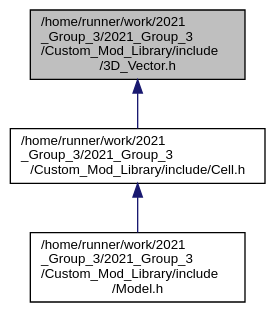
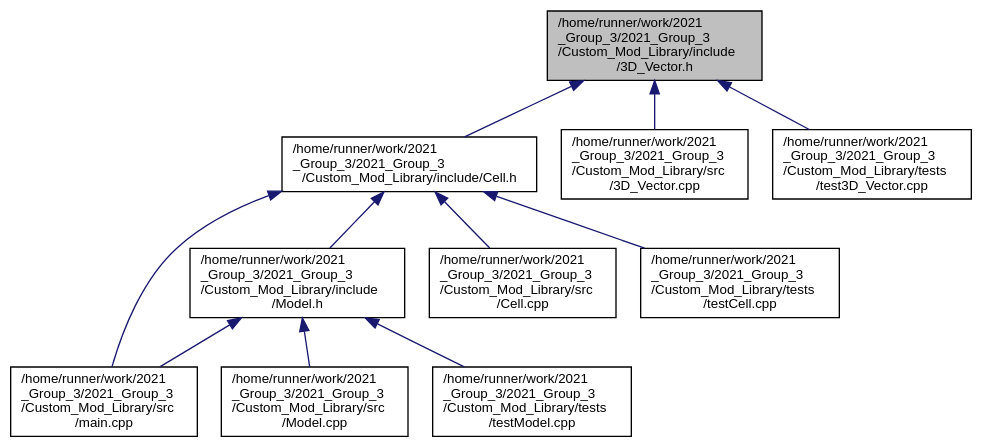
One commit to ejagombar/2021_Group_3 changed the diagram in 3_d___vector_8h__dep__incl.dot. Above: the diagram before and after it, drawn with Graphviz. The commit also changed 156 other files, not shown here.

```diff
--- a/3_d___vector_8h__dep__incl.dot
+++ b/3_d___vector_8h__dep__incl.dot
@@ -1,12 +1,27 @@
 digraph "/home/runner/work/2021_Group_3/2021_Group_3/Custom_Mod_Library/include/3D_Vector.h"
 {
  // LATEX_PDF_SIZE
   bgcolor="transparent";
   edge [fontname="Helvetica",fontsize="10",labelfontname="Helvetica",labelfontsize="10"];
   node [fontname="Helvetica",fontsize="10",shape=record];
   Node1 [label="/home/runner/work/2021\l_Group_3/2021_Group_3\l/Custom_Mod_Library/include\l/3D_Vector.h",height=0.2,width=0.4,color="black", fillcolor="grey75", style="filled", fontcolor="black",tooltip="Class used to store 3D Vector points for the Model class."];
   Node1 -> Node2 [dir="back",color="midnightblue",fontsize="10",style="solid",fontname="Helvetica"];
   Node2 [label="/home/runner/work/2021\l_Group_3/2021_Group_3\l/Custom_Mod_Library/include/Cell.h",height=0.2,width=0.4,color="black",URL="$_cell_8h.html",tooltip="Cell class used to store Cell shapes that make up a model."];
   Node2 -> Node3 [dir="back",color="midnightblue",fontsize="10",style="solid",fontname="Helvetica"];
   Node3 [label="/home/runner/work/2021\l_Group_3/2021_Group_3\l/Custom_Mod_Library/include\l/Model.h",height=0.2,width=0.4,color="black",URL="$_model_8h.html",tooltip="Class used to open, save and store .mod files."];
+  Node3 -> Node4 [dir="back",color="midnightblue",fontsize="10",style="solid",fontname="Helvetica"];
+  Node4 [label="/home/runner/work/2021\l_Group_3/2021_Group_3\l/Custom_Mod_Library/src\l/main.cpp",height=0.2,width=0.4,color="black",URL="$_custom___mod___library_2src_2main_8cpp.html",tooltip=" "];
+  Node3 -> Node5 [dir="back",color="midnightblue",fontsize="10",style="solid",fontname="Helvetica"];
+  Node5 [label="/home/runner/work/2021\l_Group_3/2021_Group_3\l/Custom_Mod_Library/src\l/Model.cpp",height=0.2,width=0.4,color="black",URL="$_model_8cpp.html",tooltip=" "];
+  Node3 -> Node6 [dir="back",color="midnightblue",fontsize="10",style="solid",fontname="Helvetica"];
+  Node6 [label="/home/runner/work/2021\l_Group_3/2021_Group_3\l/Custom_Mod_Library/tests\l/testModel.cpp",height=0.2,width=0.4,color="black",URL="$test_model_8cpp.html",tooltip=" "];
+  Node2 -> Node7 [dir="back",color="midnightblue",fontsize="10",style="solid",fontname="Helvetica"];
+  Node7 [label="/home/runner/work/2021\l_Group_3/2021_Group_3\l/Custom_Mod_Library/src\l/Cell.cpp",height=0.2,width=0.4,color="black",URL="$_cell_8cpp.html",tooltip=" "];
+  Node2 -> Node4 [dir="back",color="midnightblue",fontsize="10",style="solid",fontname="Helvetica"];
+  Node2 -> Node8 [dir="back",color="midnightblue",fontsize="10",style="solid",fontname="Helvetica"];
+  Node8 [label="/home/runner/work/2021\l_Group_3/2021_Group_3\l/Custom_Mod_Library/tests\l/testCell.cpp",height=0.2,width=0.4,color="black",URL="$test_cell_8cpp.html",tooltip=" "];
+  Node1 -> Node9 [dir="back",color="midnightblue",fontsize="10",style="solid",fontname="Helvetica"];
+  Node9 [label="/home/runner/work/2021\l_Group_3/2021_Group_3\l/Custom_Mod_Library/src\l/3D_Vector.cpp",height=0.2,width=0.4,color="black",URL="$3_d___vector_8cpp.html",tooltip=" "];
+  Node1 -> Node10 [dir="back",color="midnightblue",fontsize="10",style="solid",fontname="Helvetica"];
+  Node10 [label="/home/runner/work/2021\l_Group_3/2021_Group_3\l/Custom_Mod_Library/tests\l/test3D_Vector.cpp",height=0.2,width=0.4,color="black",URL="$test3_d___vector_8cpp.html",tooltip=" "];
 }
```
